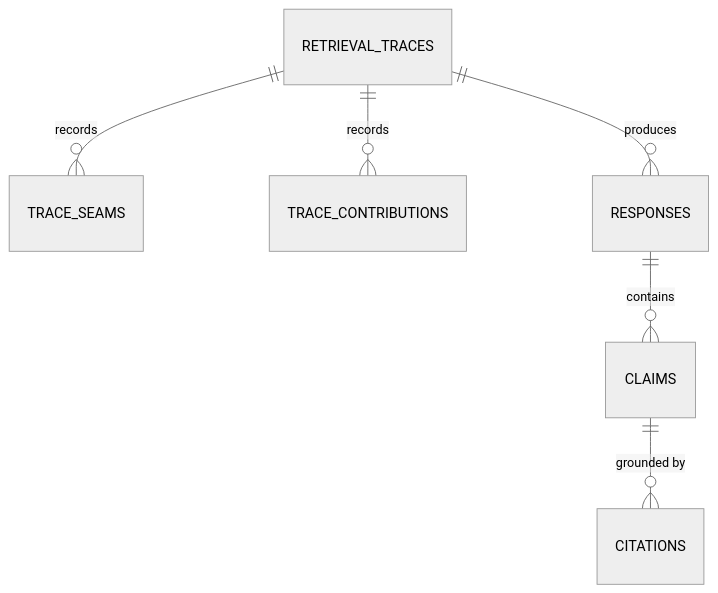
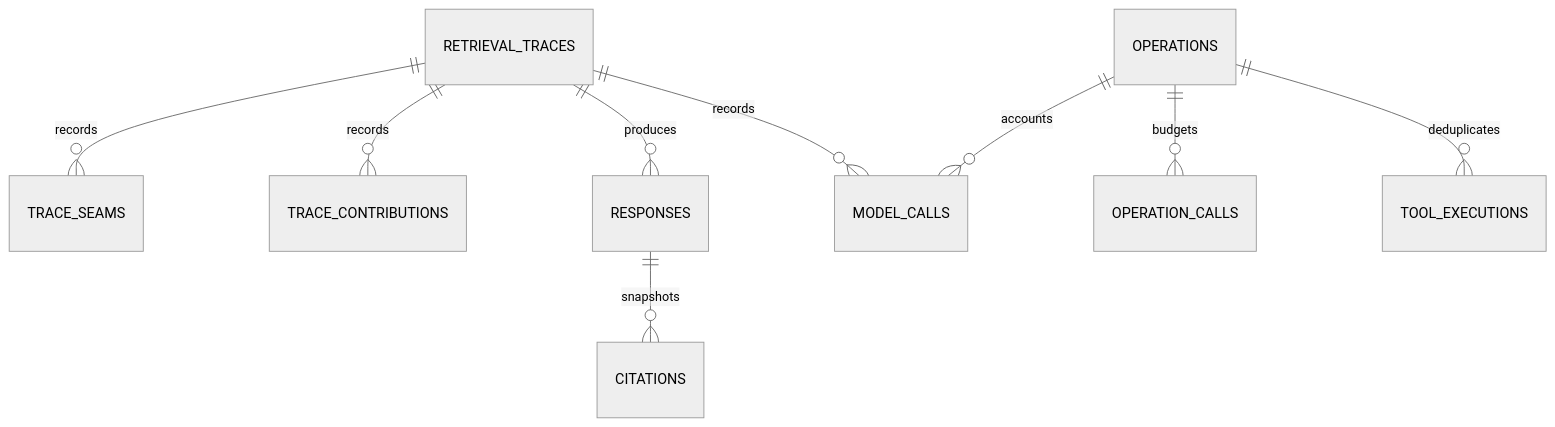
One commit to RileyK05/Emory_STEM_Advisor changed the fourth of 4 diagrams in docs/architecture.md. Above: the diagram before and after it, drawn with Mermaid (neutral theme). The commit also changed other lines of this file and 514 other files, not shown here.

````diff
--- a/docs/architecture.md
+++ b/docs/architecture.md
@@ -731,8 +1120,11 @@
 ```mermaid
 erDiagram
     RETRIEVAL_TRACES ||--o{ TRACE_SEAMS : records
     RETRIEVAL_TRACES ||--o{ TRACE_CONTRIBUTIONS : records
     RETRIEVAL_TRACES ||--o{ RESPONSES : produces
-    RESPONSES ||--o{ CLAIMS : contains
-    CLAIMS ||--o{ CITATIONS : "grounded by"
+    RESPONSES ||--o{ CITATIONS : snapshots
+    RETRIEVAL_TRACES ||--o{ MODEL_CALLS : records
+    OPERATIONS ||--o{ OPERATION_CALLS : budgets
+    OPERATIONS ||--o{ MODEL_CALLS : accounts
+    OPERATIONS ||--o{ TOOL_EXECUTIONS : deduplicates
 ```
````
